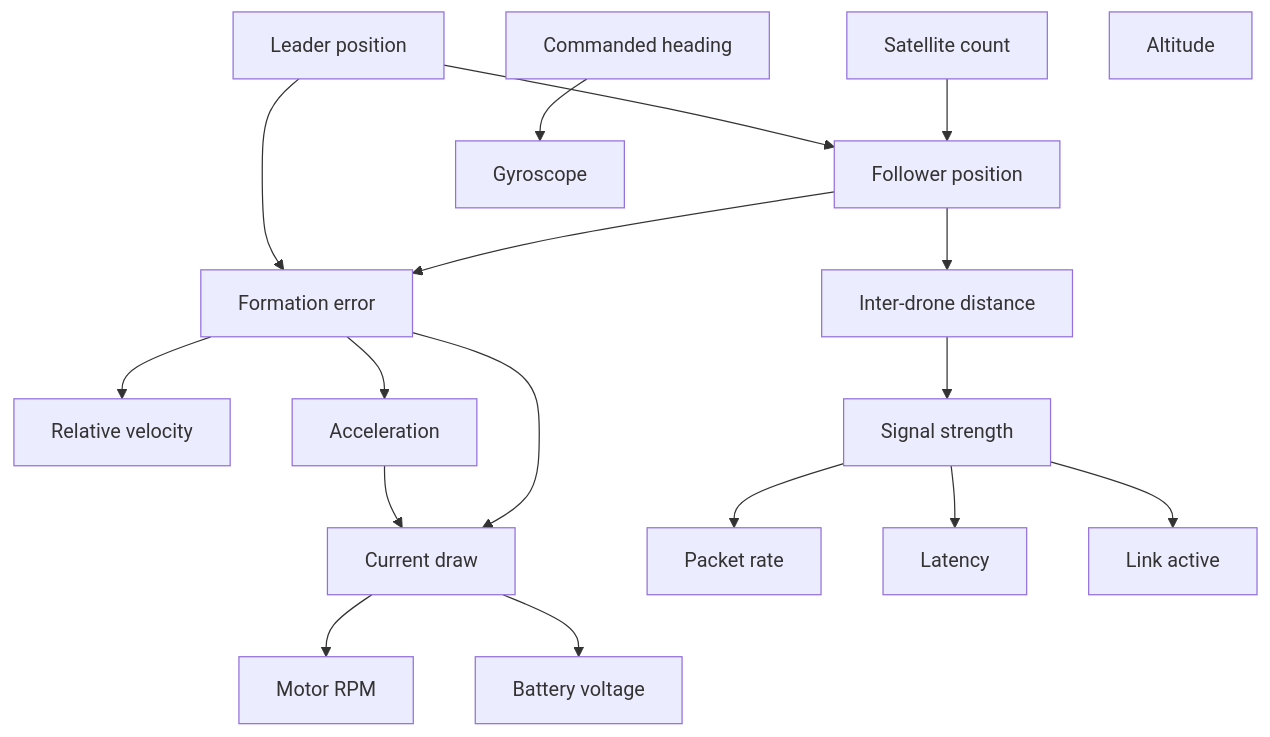
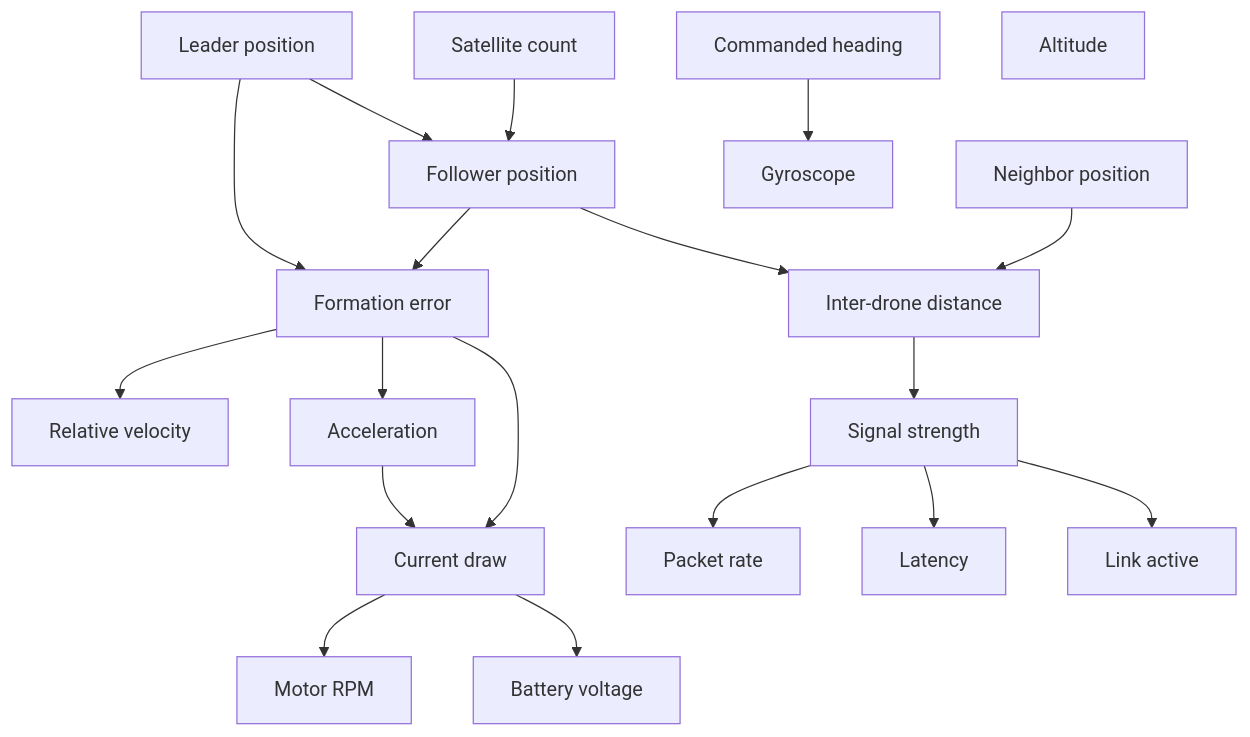
One commit to Claricex191/causal-cyber-defense changed the diagram in README.md. Above: the diagram before and after it, drawn with Mermaid. The commit also changed other lines of this file and 3 other files, not shown here.

````diff
--- a/README.md
+++ b/README.md
@@ -80,20 +86,21 @@
 ```mermaid
 graph TD
     leader[Leader position] --> pos[Follower position]
     sat[Satellite count] --> pos
     leader --> ferr[Formation error]
     pos --> ferr
     pos --> dist[Inter-drone distance]
+    neighbor[Neighbor position] --> dist
     heading[Commanded heading] --> gyro[Gyroscope]
     ferr --> relvel[Relative velocity]
     ferr --> accel[Acceleration]
     dist --> sig[Signal strength]
     accel --> current[Current draw]
     ferr --> current
     sig --> packet[Packet rate]
     sig --> latency[Latency]
     sig --> link[Link active]
     current --> rpm[Motor RPM]
     current --> batt[Battery voltage]
     alt[Altitude]
 ```
````
